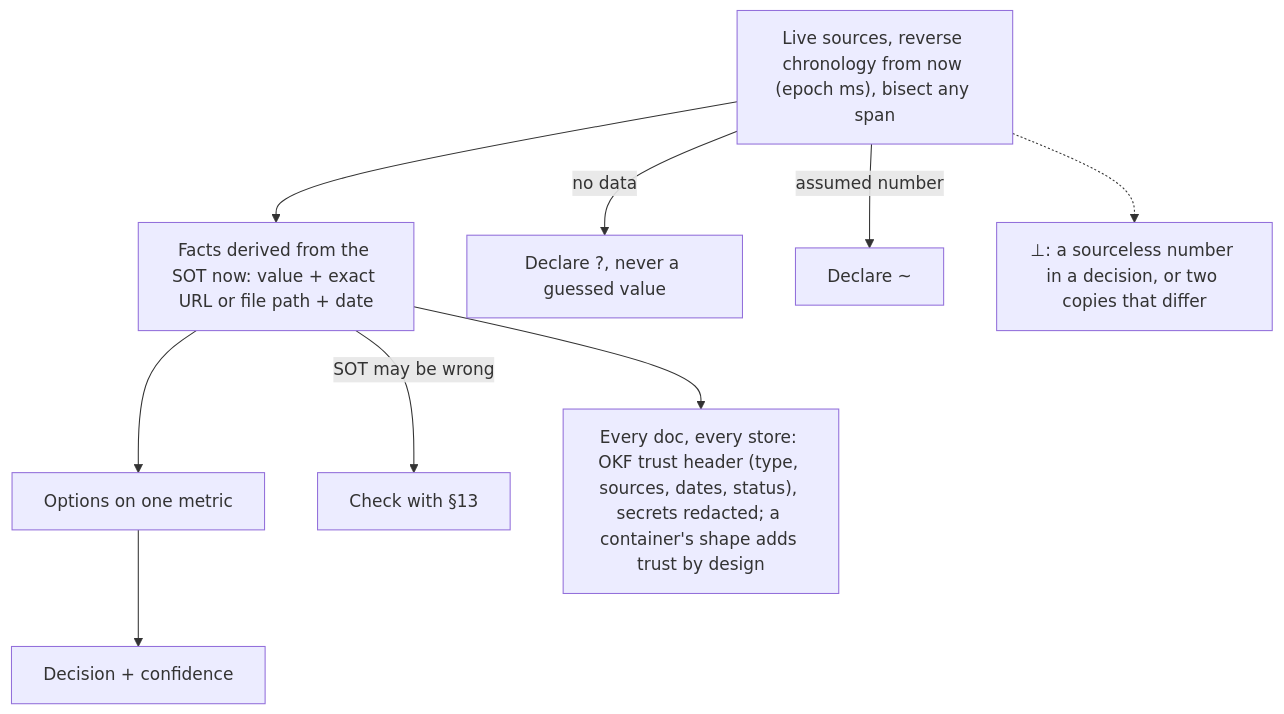
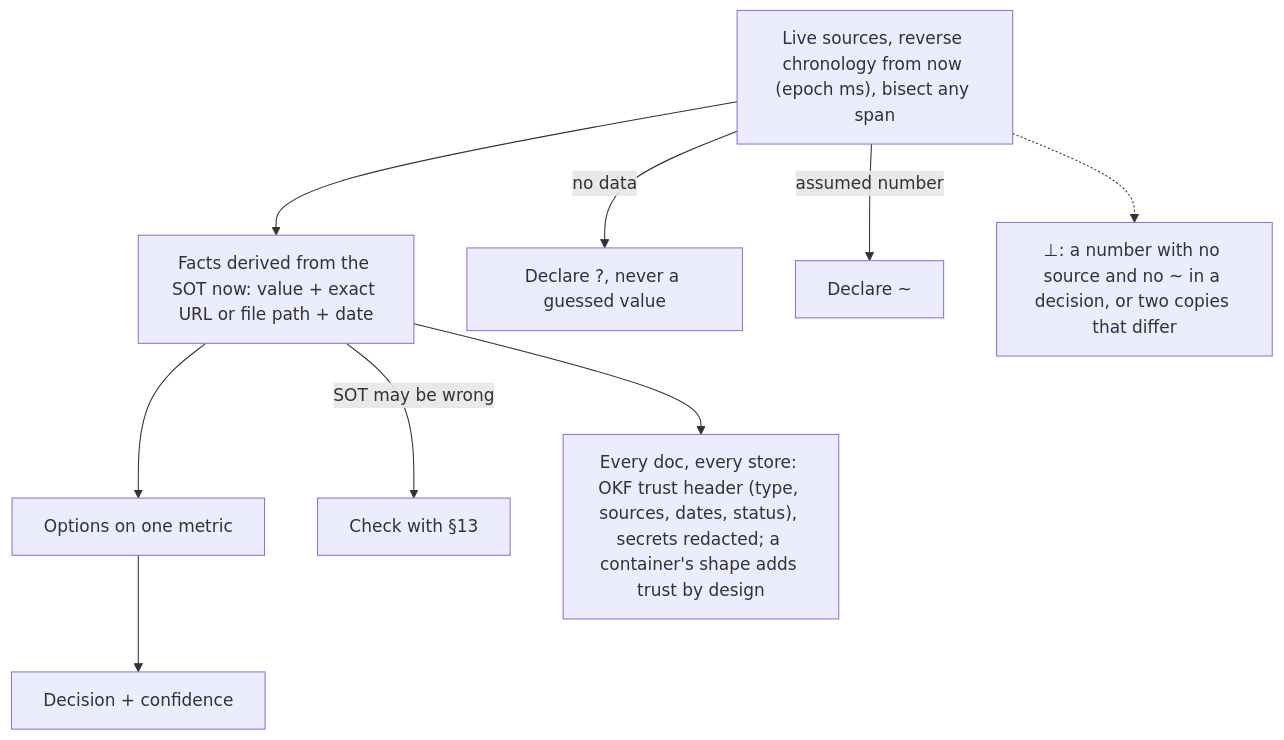
Before and after one commit to SolenixAI/arbiter: the sixth of 14 diagrams in AGENTS.md, drawn with Mermaid. The commit also changed other lines of this file, not shown here.

````diff
--- a/AGENTS.md
+++ b/AGENTS.md
@@ -303,10 +303,10 @@
 ```mermaid
 flowchart TD
   D["Live sources, reverse chronology from now (epoch ms), bisect any span"] --> E[Facts derived from the SOT now: value + exact URL or file path + date]
   E --> O[Options on one metric] --> C[Decision + confidence]
   D -->|no data| U["Declare ?, never a guessed value"]
   D -->|assumed number| U2["Declare ~"]
   E -->|SOT may be wrong| S13[Check with §13]
   E --> K["Every doc, every store: OKF trust header (type, sources, dates, status), secrets redacted; a container's shape adds trust by design"]
-  D -.-> BOT["⊥: a sourceless number in a decision, or two copies that differ"]
+  D -.-> BOT["⊥: a number with no source and no ~ in a decision, or two copies that differ"]
 ```
````
